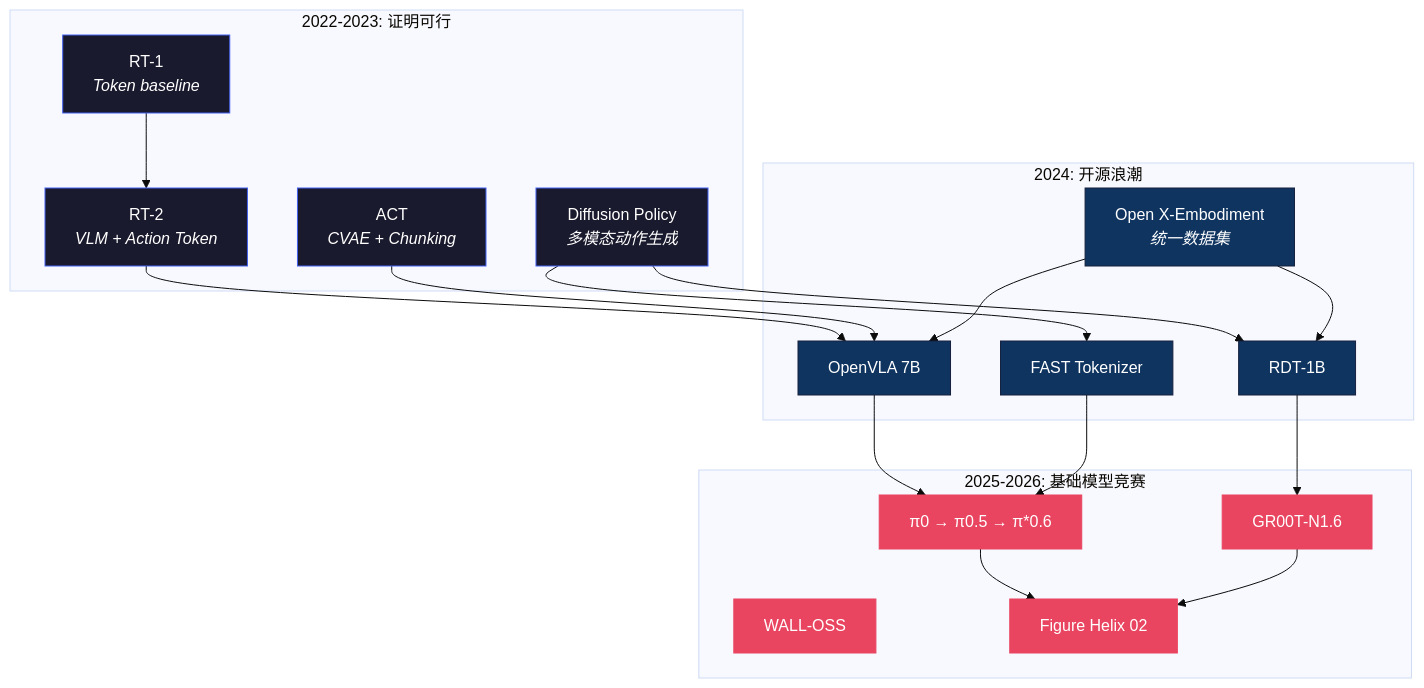
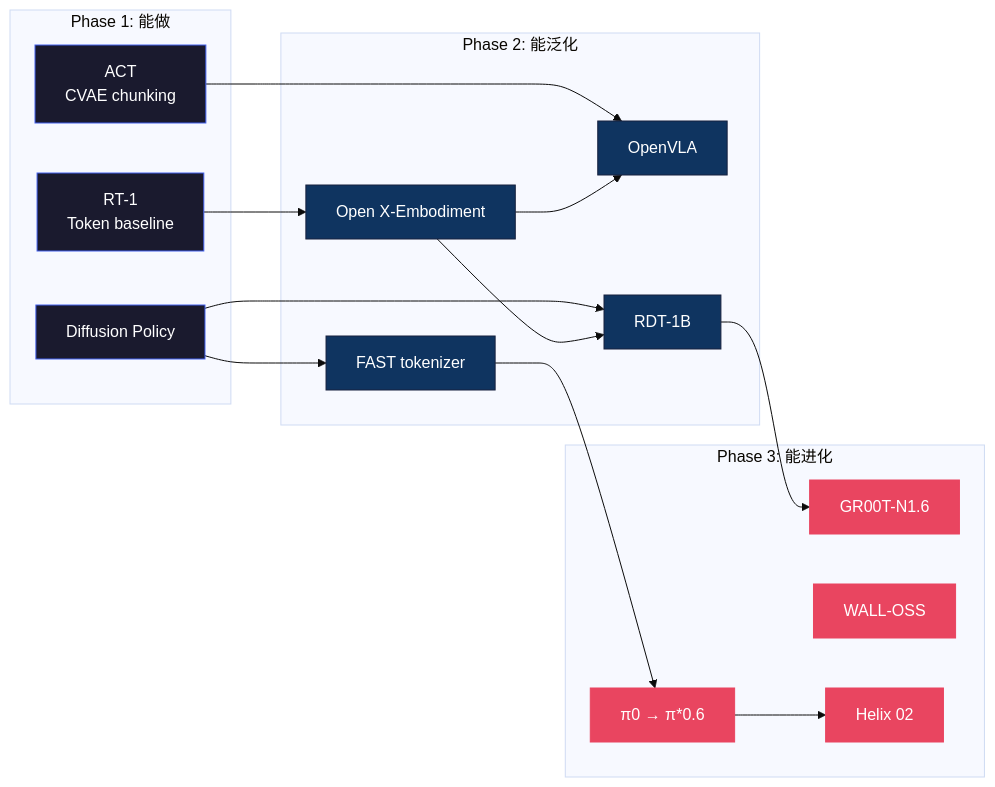
One commit to sou350121/VLA-Handbook changed the diagram in theory/vla-core/vla_research_mainline.md. Above: the diagram before and after it, drawn with Mermaid (base theme). The commit also changed other lines of this file, not shown here.

Commit message:
docs: rewrite vla_research_mainline as "betting guide" — debates, dead ends, predictions, VLA×AD convergence

````diff
--- a/theory/vla-core/vla_research_mainline.md
+++ b/theory/vla-core/vla_research_mainline.md
@@ -11,51 +35,44 @@
 ```mermaid
-graph TD
-    subgraph "2022-2023: 证明可行"
-        RT1["RT-1<br/><i>Token baseline</i>"]
-        RT2["RT-2<br/><i>VLM + Action Token</i>"]
-        ACT["ACT<br/><i>CVAE + Chunking</i>"]
-        DP["Diffusion Policy<br/><i>多模态动作生成</i>"]
+graph LR
+    subgraph "Phase 1: 能做"
+        RT1["RT-1<br/>Token baseline"]
+        ACT["ACT<br/>CVAE chunking"]
+        DP["Diffusion Policy"]
     end
 
-    subgraph "2024: 开源浪潮"
-        OVLA["OpenVLA 7B"]
-        RDT1["RDT-1B"]
-        FAST["FAST Tokenizer"]
-        OXE["Open X-Embodiment<br/><i>统一数据集</i>"]
+    subgraph "Phase 2: 能泛化"
+        OXE["Open X-Embodiment"]
+        OVLA["OpenVLA"]
+        RDT["RDT-1B"]
+        FAST["FAST tokenizer"]
     end
 
-    subgraph "2025-2026: 基础模型竞赛"
-        PI["π0 → π0.5 → π*0.6"]
+    subgraph "Phase 3: 能进化"
+        PI["π0 → π*0.6"]
         GROOT["GR00T-N1.6"]
         WALL["WALL-OSS"]
-        HELIX["Figure Helix 02"]
+        HELIX["Helix 02"]
     end
 
-    RT1 --> RT2
-    RT2 --> OVLA
+    RT1 --> OXE
     ACT --> OVLA
-    DP --> RDT1
+    DP --> RDT
     DP --> FAST
-
     OXE --> OVLA
-    OXE --> RDT1
-
-    OVLA --> PI
-    RDT1 --> GROOT
+    OXE --> RDT
     FAST --> PI
+    RDT --> GROOT
     PI --> HELIX
-    GROOT --> HELIX
 
     style RT1 fill:#1a1a2e,stroke:#4361ee,color:#fff
-    style RT2 fill:#1a1a2e,stroke:#4361ee,color:#fff
     style ACT fill:#1a1a2e,stroke:#4361ee,color:#fff
     style DP fill:#1a1a2e,stroke:#4361ee,color:#fff
+    style OXE fill:#0f3460,stroke:#16213e,color:#fff
     style OVLA fill:#0f3460,stroke:#16213e,color:#fff
-    style RDT1 fill:#0f3460,stroke:#16213e,color:#fff
+    style RDT fill:#0f3460,stroke:#16213e,color:#fff
     style FAST fill:#0f3460,stroke:#16213e,color:#fff
-    style OXE fill:#0f3460,stroke:#16213e,color:#fff
     style PI fill:#e94560,stroke:#e94560,color:#fff
     style GROOT fill:#e94560,stroke:#e94560,color:#fff
     style WALL fill:#e94560,stroke:#e94560,color:#fff
     style HELIX fill:#e94560,stroke:#e94560,color:#fff
 ```
````
